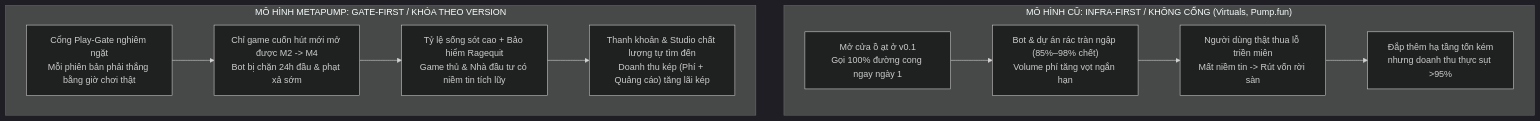
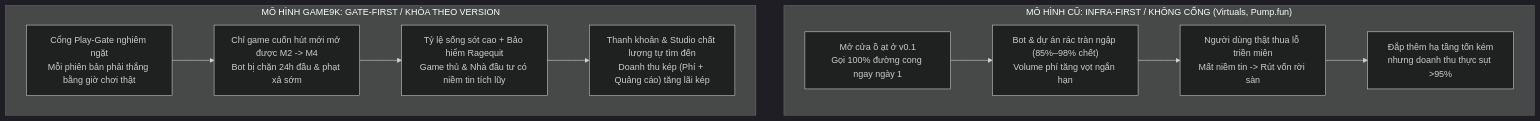
One commit to khanhlegood1/GameFun changed the diagram in docs/WHITEPAPER.md. Above: the diagram before and after it, drawn with Mermaid (dark theme). The commit also changed other lines of this file and 21 other files, not shown here.

````diff
--- a/docs/WHITEPAPER.md
+++ b/docs/WHITEPAPER.md
@@ -417,14 +417,14 @@
 ```mermaid
 flowchart TB
     subgraph Bad["MÔ HÌNH CŨ: INFRA-FIRST / KHÔNG CỔNG (Virtuals, Pump.fun)"]
         B1["Mở cửa ồ ạt ở v0.1<br/>Gọi 100% đường cong ngay ngày 1"] --> B2["Bot & dự án rác tràn ngập (85%–98% chết)<br/>Volume phí tăng vọt ngắn hạn"]
         B2 --> B3["Người dùng thật thua lỗ triền miên<br/>Mất niềm tin -> Rút vốn rời sàn"]
         B3 --> B4["Đắp thêm hạ tầng tốn kém<br/>nhưng doanh thu thực sụt >95%"]
     end
 
-    subgraph Good["MÔ HÌNH METAPUMP: GATE-FIRST / KHÓA THEO VERSION"]
+    subgraph Good["MÔ HÌNH GAME9K: GATE-FIRST / KHÓA THEO VERSION"]
         G1["Cổng Play-Gate nghiêm ngặt<br/>Mỗi phiên bản phải thắng bằng giờ chơi thật"] --> G2["Chỉ game cuốn hút mới mở được M2 -> M4<br/>Bot bị chặn 24h đầu & phạt xả sớm"]
         G2 --> G3["Tỷ lệ sống sót cao + Bảo hiểm Ragequit<br/>Game thủ & Nhà đầu tư có niềm tin tích lũy"]
         G3 --> G4["Thanh khoản & Studio chất lượng tự tìm đến<br/>Doanh thu kép (Phí + Quảng cáo) tăng lãi kép"]
     end
 ```
````
